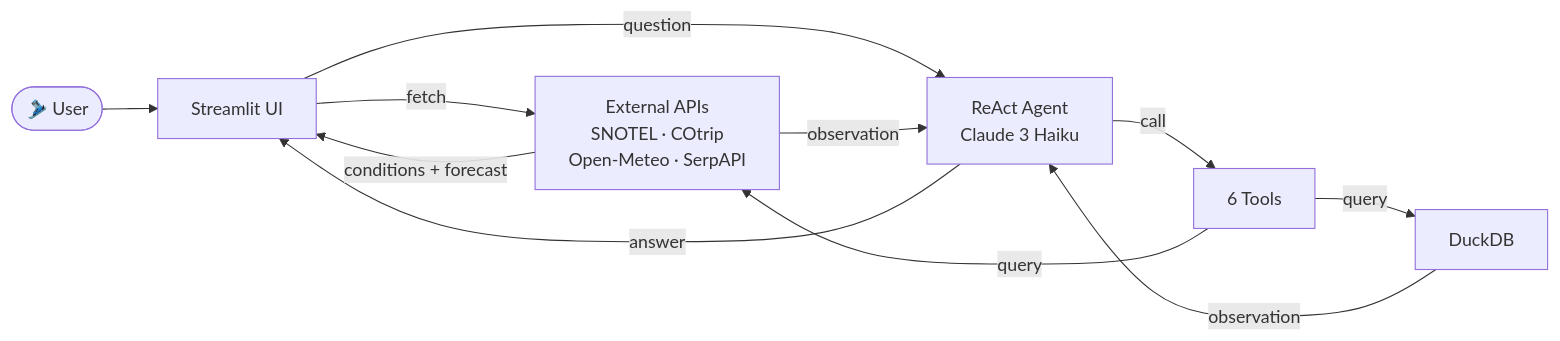
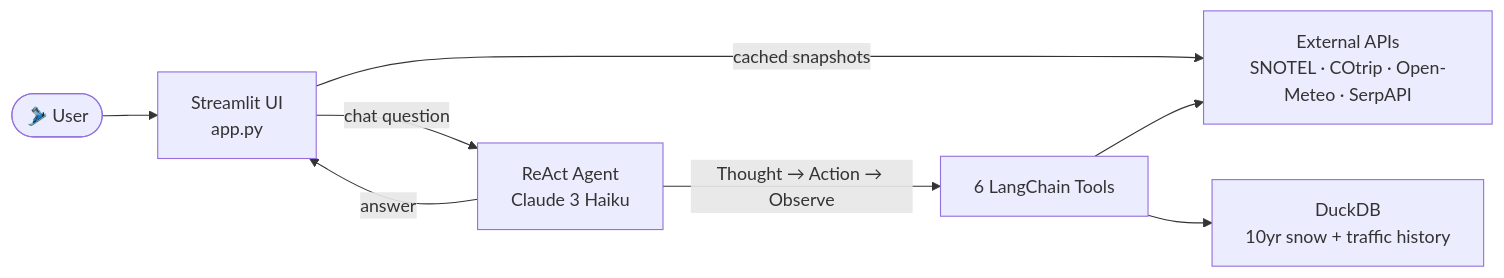
Before and after one commit to Ttopiac/colorado-powracle: the first of 2 diagrams in architecture.md, drawn with Mermaid.

Commit message:
Revert simple diagram to original clean version

````diff
--- a/architecture.md
+++ b/architecture.md
@@ -5,16 +5,14 @@
 ```mermaid
 graph LR
-    User(["🎿 User"]) --> UI["Streamlit UI"]
+    User(["🎿 User"]) --> UI["Streamlit UI<br/>app.py"]
 
-    UI -->|fetch| APIs["External APIs<br/>SNOTEL · COtrip<br/>Open-Meteo · SerpAPI"]
-    APIs -->|conditions + forecast| UI
+    UI -->|cached snapshots| APIs["External APIs<br/>SNOTEL · COtrip · Open-Meteo · SerpAPI"]
+    UI -->|chat question| Agent["ReAct Agent<br/>Claude 3 Haiku"]
 
-    UI -->|question| Agent["ReAct Agent<br/>Claude 3 Haiku"]
+    Agent -->|Thought → Action → Observe| Tools["6 LangChain Tools"]
+
+    Tools --> APIs
+    Tools --> DB["DuckDB<br/>10yr snow + traffic history"]
+
     Agent -->|answer| UI
-
-    Agent -->|call| Tools["6 Tools"]
-    Tools -->|query| APIs
-    Tools -->|query| DB["DuckDB"]
-    APIs -->|observation| Agent
-    DB -->|observation| Agent
 ```
````
